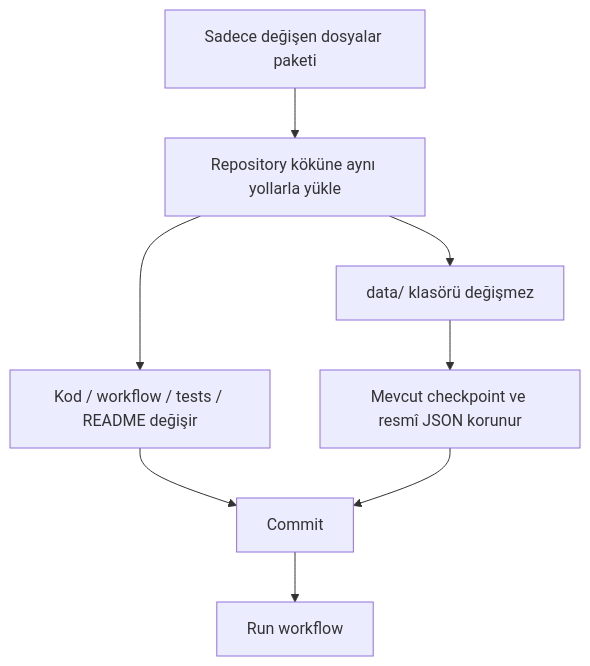
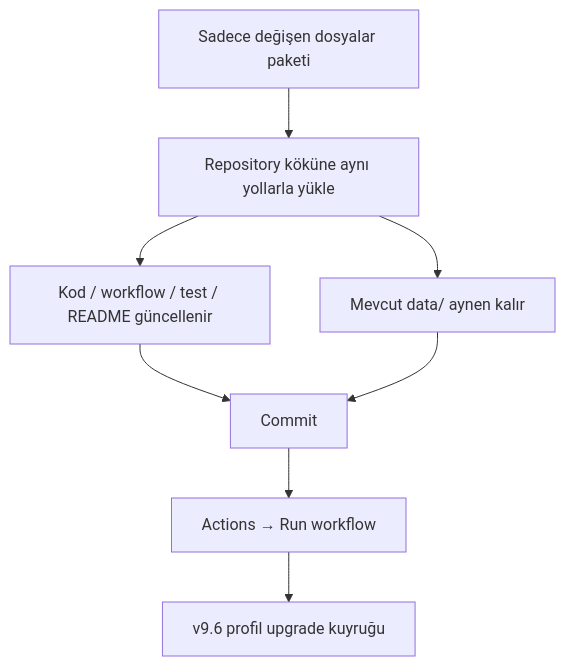
One commit to egemenkarabulut/PiyasaNabzi-KAP-YAT changed diagram 16 of 19 in README.md. Above: the diagram before and after it, drawn with Mermaid. The commit also changed other lines of this file and 8 other files, not shown here.

````diff
--- a/README.md
+++ b/README.md
@@ -494,10 +597,10 @@
 ```mermaid
 flowchart TD
     A["Sadece değişen dosyalar paketi"] --> B["Repository köküne aynı yollarla yükle"]
-    B --> C["Kod / workflow / tests / README değişir"]
-    B --> D["data/ klasörü değişmez"]
-    D --> E["Mevcut checkpoint ve resmî JSON korunur"]
-    C --> F["Commit"]
-    E --> F
-    F --> G["Run workflow"]
+    B --> C["Kod / workflow / test / README güncellenir"]
+    B --> D["Mevcut data/ aynen kalır"]
+    C --> E["Commit"]
+    D --> E
+    E --> F["Actions → Run workflow"]
+    F --> G["v9.6 profil upgrade kuyruğu"]
 ```
````
